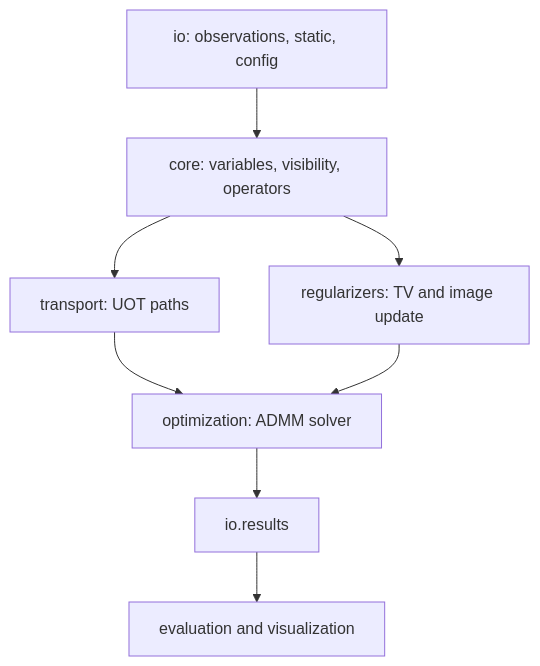
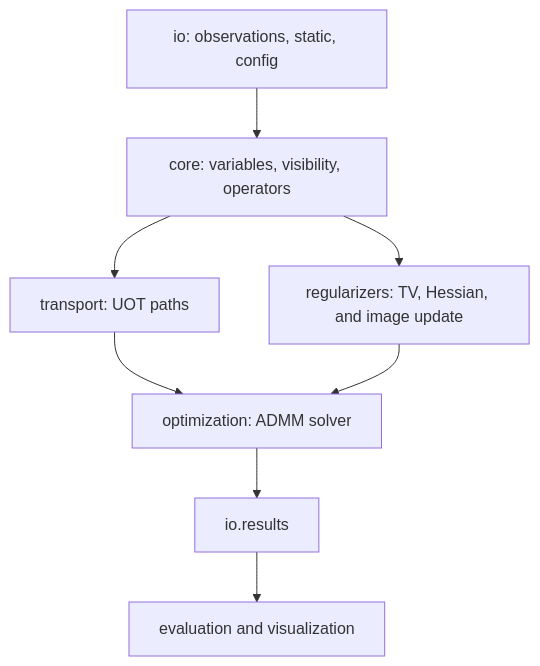
Before and after one commit to Esharm/optimal-transport-in-space: the diagram in optimal_transport/ot_uot/docs/repository_manifest.md, drawn with Mermaid. The commit also changed other lines of this file and 541 other files, not shown here.

````diff
--- a/optimal_transport/ot_uot/docs/repository_manifest.md
+++ b/optimal_transport/ot_uot/docs/repository_manifest.md
@@ -62,10 +63,10 @@
 ```mermaid
 flowchart TD
     IO["io: observations, static, config"] --> Core["core: variables, visibility, operators"]
     Core --> Transport["transport: UOT paths"]
-    Core --> Regularizers["regularizers: TV and image update"]
+    Core --> Regularizers["regularizers: TV, Hessian, and image update"]
     Transport --> Optimization["optimization: ADMM solver"]
     Regularizers --> Optimization
     Optimization --> Results["io.results"]
     Results --> EvalVis["evaluation and visualization"]
 ```
````
